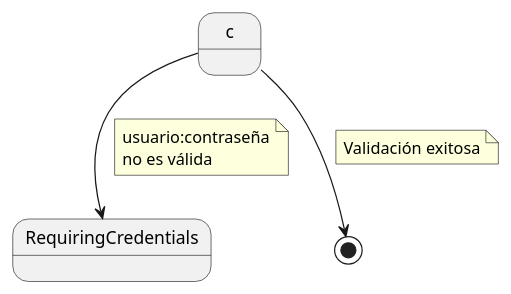
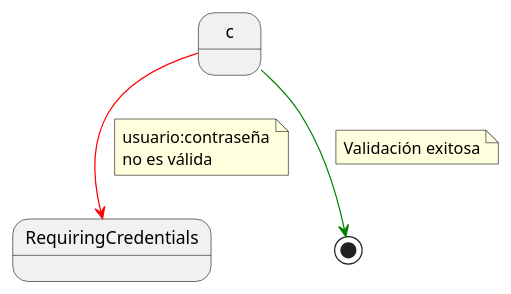
The seventh of 9 diagrams in conversation-log.md (Hexcss/scheduler), drawn with PlantUML before and after one commit. The commit also changed other lines of this file and 1 other file, not shown here.

````diff
--- a/conversation-log.md
+++ b/conversation-log.md
@@ -1192,12 +1192,12 @@
 ```plantuml
-c --> RequiringCredentials
+c -[#red]-> RequiringCredentials
 note on link
 usuario:contraseña
 no es válida
 end note
 
-c --> [*]
+c -[#green]-> [*]
 note on link
 Validación exitosa
 end note
 ```
````
